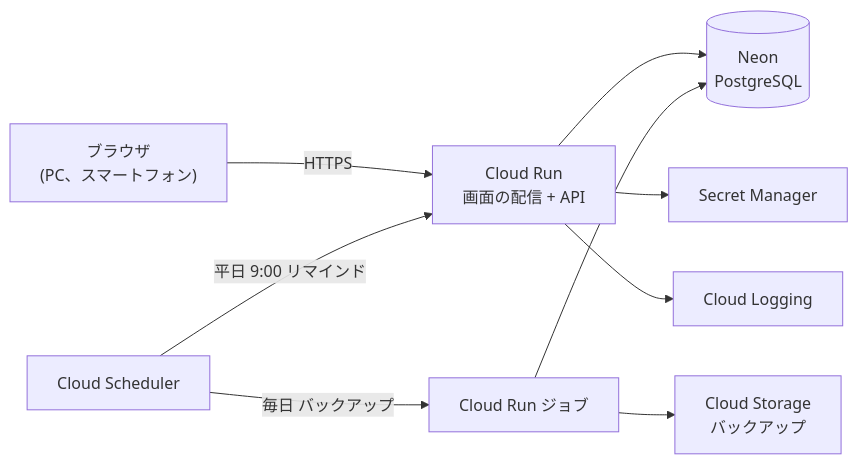
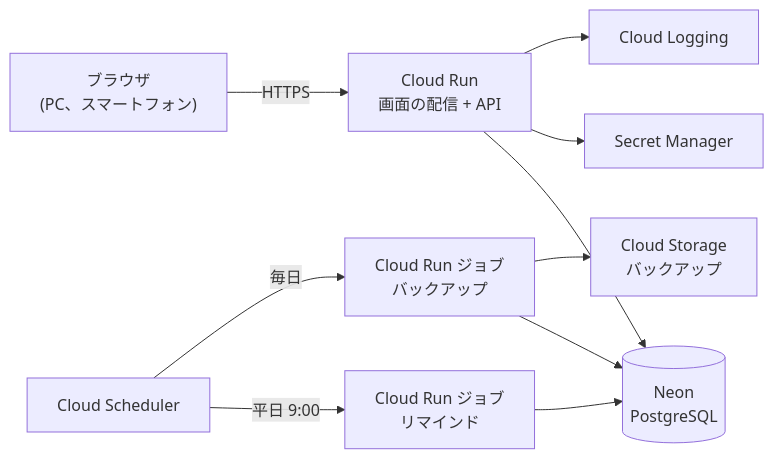
One commit to sakaishizue/nippo changed the diagram in docs/tech-stack.md. Above: the diagram before and after it, drawn with Mermaid. The commit also changed other lines of this file and 17 other files, not shown here.

````diff
--- a/docs/tech-stack.md
+++ b/docs/tech-stack.md
@@ -15,11 +15,12 @@
 ```mermaid
 flowchart LR
     browser["ブラウザ<br>(PC、スマートフォン)"] -->|HTTPS| run["Cloud Run<br>画面の配信 + API"]
     run --> neon[("Neon<br>PostgreSQL")]
-    scheduler["Cloud Scheduler"] -->|平日 9:00 リマインド| run
-    scheduler -->|毎日 バックアップ| job["Cloud Run ジョブ"]
+    scheduler["Cloud Scheduler"] -->|平日 9:00| reminder["Cloud Run ジョブ<br>リマインド"]
+    reminder --> neon
+    scheduler -->|毎日| job["Cloud Run ジョブ<br>バックアップ"]
     job --> neon
     job --> storage["Cloud Storage<br>バックアップ"]
     run --> secret["Secret Manager"]
     run --> logging["Cloud Logging"]
 ```
````
